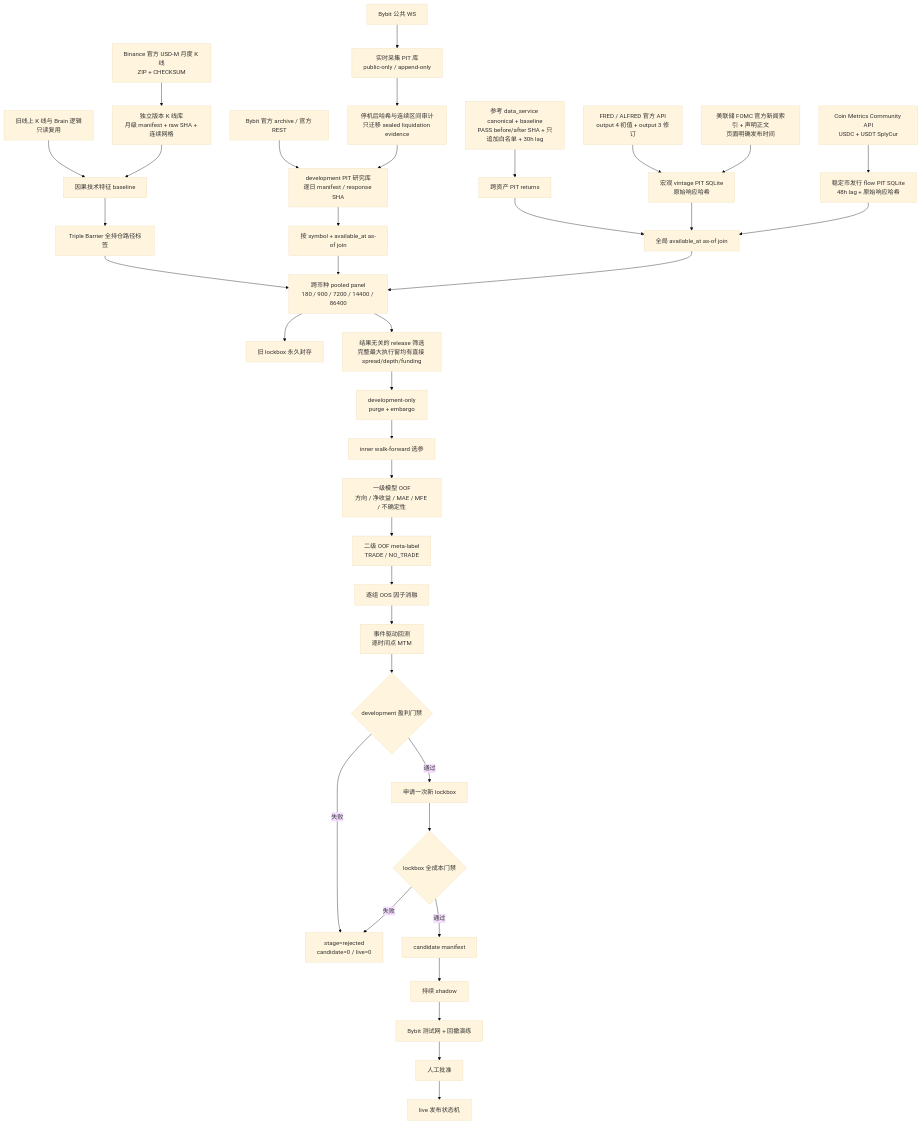
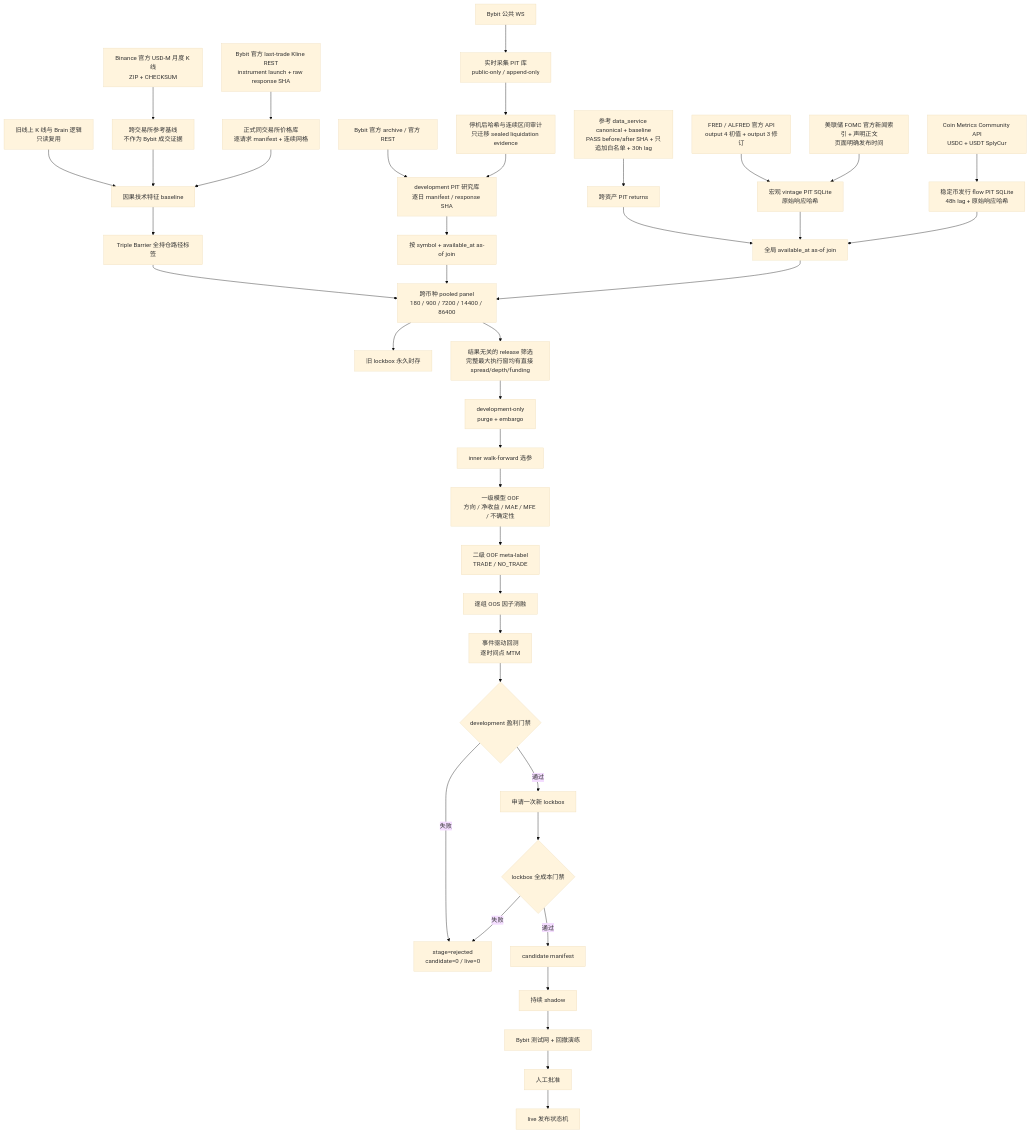
Before and after one commit to ckbkdj/ai-bybit-trading-system: the first of 2 diagrams in ai_bot3/ai_bot3/docs/profitability_alpha_architecture.md, drawn with Mermaid (base theme). The commit also changed other lines of this file and 1 other file, not shown here.

Commit message:
Document Bybit same-venue alpha workflow

````diff
--- a/ai_bot3/ai_bot3/docs/profitability_alpha_architecture.md
+++ b/ai_bot3/ai_bot3/docs/profitability_alpha_architecture.md
@@ -19,43 +19,45 @@
 ```mermaid
 flowchart TD
     A[旧线上 K 线与 Brain 逻辑<br/>只读复用] --> B[因果技术特征 baseline]
-    AG[Binance 官方 USD-M 月度 K 线<br/>ZIP + CHECKSUM] --> AH[独立版本 K 线库<br/>月级 manifest + raw SHA + 连续网格]
+    AG[Binance 官方 USD-M 月度 K 线<br/>ZIP + CHECKSUM] --> AH[跨交易所参考基线<br/>不作为 Bybit 成交证据]
     AH --> B
+    AI[Bybit 官方 last-trade Kline REST<br/>instrument launch + raw response SHA] --> AJ[正式同交易所价格库<br/>逐请求 manifest + 连续网格]
+    AJ --> B
     C[Bybit 公共 WS] --> CA[实时采集 PIT 库<br/>public-only / append-only]
     CA --> CB[停机后哈希与连续区间审计<br/>只迁移 sealed liquidation evidence]
     CC[Bybit 官方 archive / 官方 REST] --> D[development PIT 研究库<br/>逐日 manifest / response SHA]
     CB --> D
     E[参考 data_service canonical + baseline<br/>PASS before/after SHA + 只追加白名单 + 30h lag] --> F[跨资产 PIT returns]
     G[FRED / ALFRED 官方 API<br/>output 4 初值 + output 3 修订] --> H[宏观 vintage PIT SQLite<br/>原始响应哈希]
     AE[美联储 FOMC 官方新闻索引 + 声明正文<br/>页面明确发布时间] --> H
     AC[Coin Metrics Community API<br/>USDC + USDT SplyCur] --> AD[稳定币发行 flow PIT SQLite<br/>48h lag + 原始响应哈希]
 
     B --> I[Triple Barrier 全持仓路径标签]
     D --> J[按 symbol + available_at as-of join]
     F --> K[全局 available_at as-of join]
     H --> K
     AD --> K
     I --> L[跨币种 pooled panel<br/>180 / 900 / 7200 / 14400 / 86400]
     J --> L
     K --> L
 
     L --> M[旧 lockbox 永久封存]
     L --> AF[结果无关的 release 筛选<br/>完整最大执行窗均有直接 spread/depth/funding]
     AF --> N[development-only<br/>purge + embargo]
     N --> O[inner walk-forward 选参]
     O --> P[一级模型 OOF<br/>方向 / 净收益 / MAE / MFE / 不确定性]
     P --> Q[二级 OOF meta-label<br/>TRADE / NO_TRADE]
     Q --> R[逐组 OOS 因子消融]
     R --> S[事件驱动回测<br/>逐时间点 MTM]
     S --> T{development 盈利门禁}
 
     T -- 失败 --> U[stage=rejected<br/>candidate=0 / live=0]
     T -- 通过 --> V[申请一次新 lockbox]
     V --> W{lockbox 全成本门禁}
     W -- 失败 --> U
     W -- 通过 --> X[candidate manifest]
     X --> Y[持续 shadow]
     Y --> Z[Bybit 测试网 + 回撤演练]
     Z --> AA[人工批准]
     AA --> AB[live 发布状态机]
 ```
````
